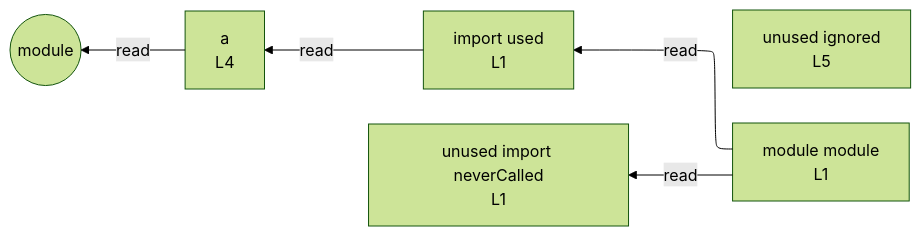
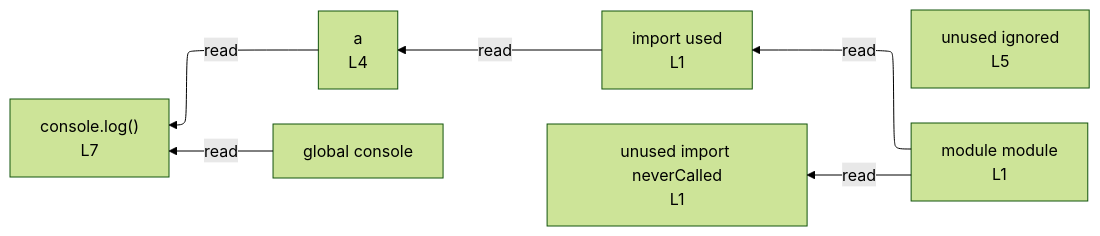
The diagram in integration/fixtures/unused-and-var/preview.md (crescware/unsnarl), drawn with Mermaid (forest theme) before and after one commit. The commit also changed 107 other files, not shown here.

````diff
--- a/integration/fixtures/unused-and-var/preview.md
+++ b/integration/fixtures/unused-and-var/preview.md
@@ -17,14 +17,16 @@
 ```mermaid
 %%{init: {"flowchart": {"defaultRenderer": "elk"}}}%%
 flowchart RL
   n_scope_0_used_9["import used<br/>L1"]
   n_scope_0_neverCalled_15["unused import neverCalled<br/>L1"]
   n_scope_0_a_67["a<br/>L4"]
   n_scope_0_ignored_83["unused ignored<br/>L5"]
+  n_scope_0_console_98["global console"]
   n_scope_0_used_9 -->|read| n_scope_0_a_67
-  n_scope_0_a_67 -->|read| module_root
-  module_root((module))
+  n_scope_0_console_98 -->|read| expr_stmt_98
+  n_scope_0_a_67 -->|read| expr_stmt_98
+  expr_stmt_98["console.log()<br/>L7"]
   mod_module["module module<br/>L1"]
   mod_module -->|read| n_scope_0_used_9
   mod_module -->|read| n_scope_0_neverCalled_15
 ```
````
